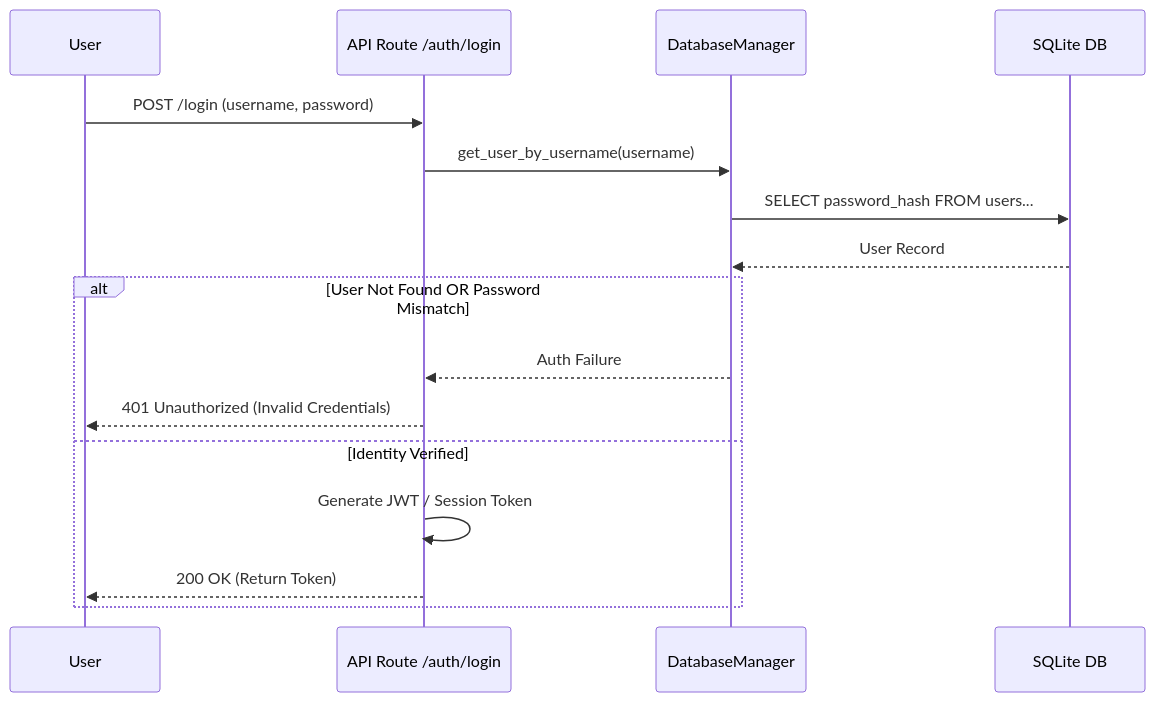
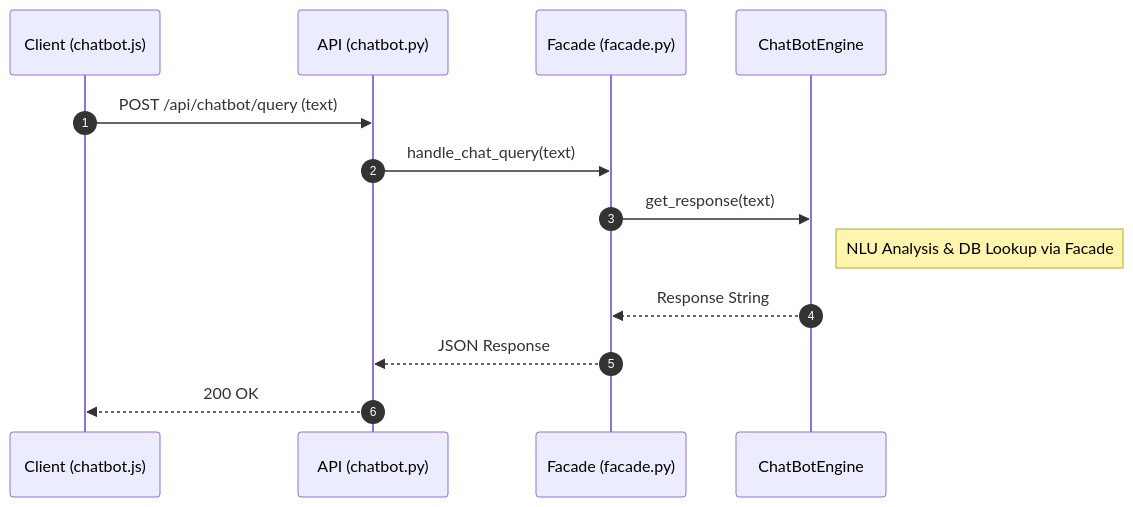
The third of 3 diagrams in documentation.md (Mathieu7483/Portfolio), drawn with Mermaid before and after one commit. The commit also changed other lines of this file, not shown here.

First line of the commit message:
Revise and update Pharma Dashboard API documentation

````diff
--- a/documentation.md
+++ b/documentation.md
@@ -155,20 +108,17 @@
 ```mermaid
 sequenceDiagram
-    participant U as User
-    participant R as API Route /auth/login
-    participant DBM as DatabaseManager
-    participant DB as SQLite DB
+    autonumber
+    participant C as Client (chatbot.js)
+    participant A as API (chatbot.py)
+    participant F as Facade (facade.py)
+    participant CBE as ChatBotEngine
+    
+    C->>A: POST /api/chatbot/query (text)
+    A->>F: handle_chat_query(text)
+    F->>CBE: get_response(text)
+    Note right of CBE: NLU Analysis & DB Lookup via Facade
+    CBE-->>F: Response String
+    F-->>A: JSON Response
+    A-->>C: 200 OK
 
-    U->>R: POST /login (username, password)
-    R->>DBM: get_user_by_username(username)
-    DBM->>DB: SELECT password_hash FROM users...
-    DB-->>DBM: User Record
-    
-    alt User Not Found OR Password Mismatch
-        DBM-->>R: Auth Failure
-        R-->>U: 401 Unauthorized (Invalid Credentials)
-    else Identity Verified
-        R->>R: Generate JWT / Session Token
-        R-->>U: 200 OK (Return Token)
-    end
 ```
````
